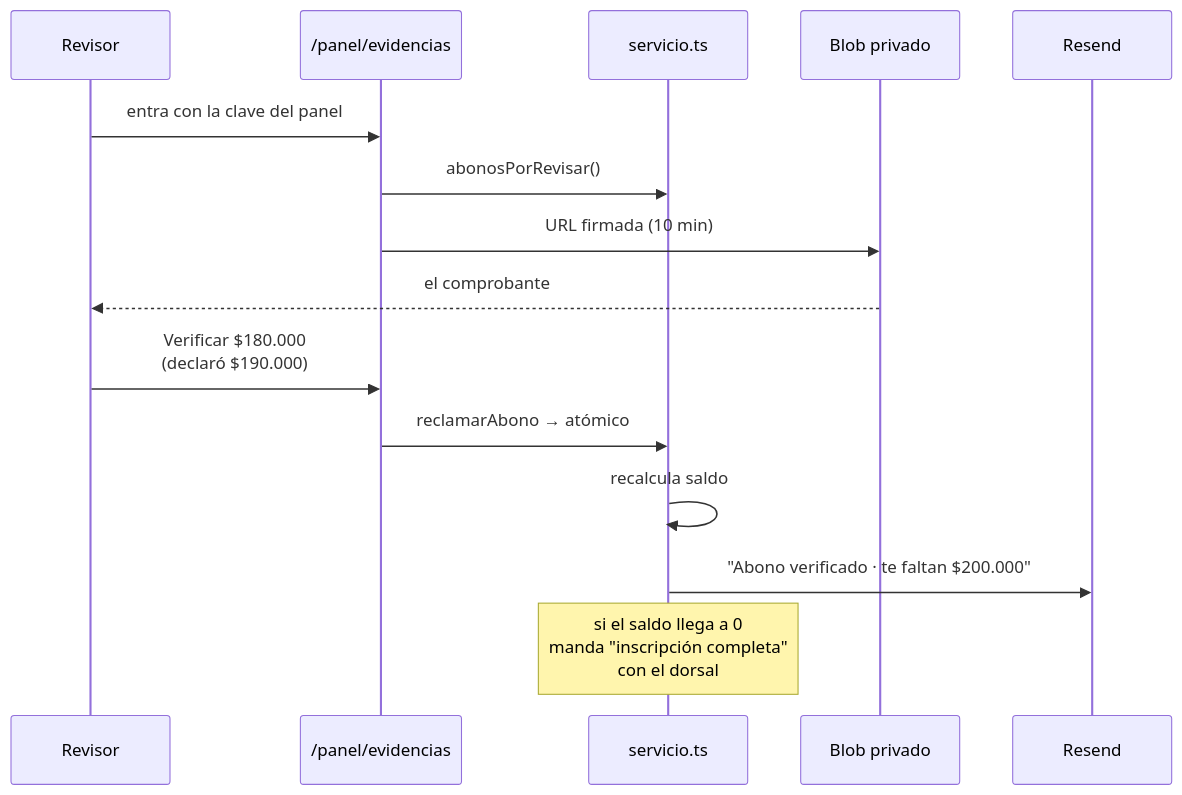
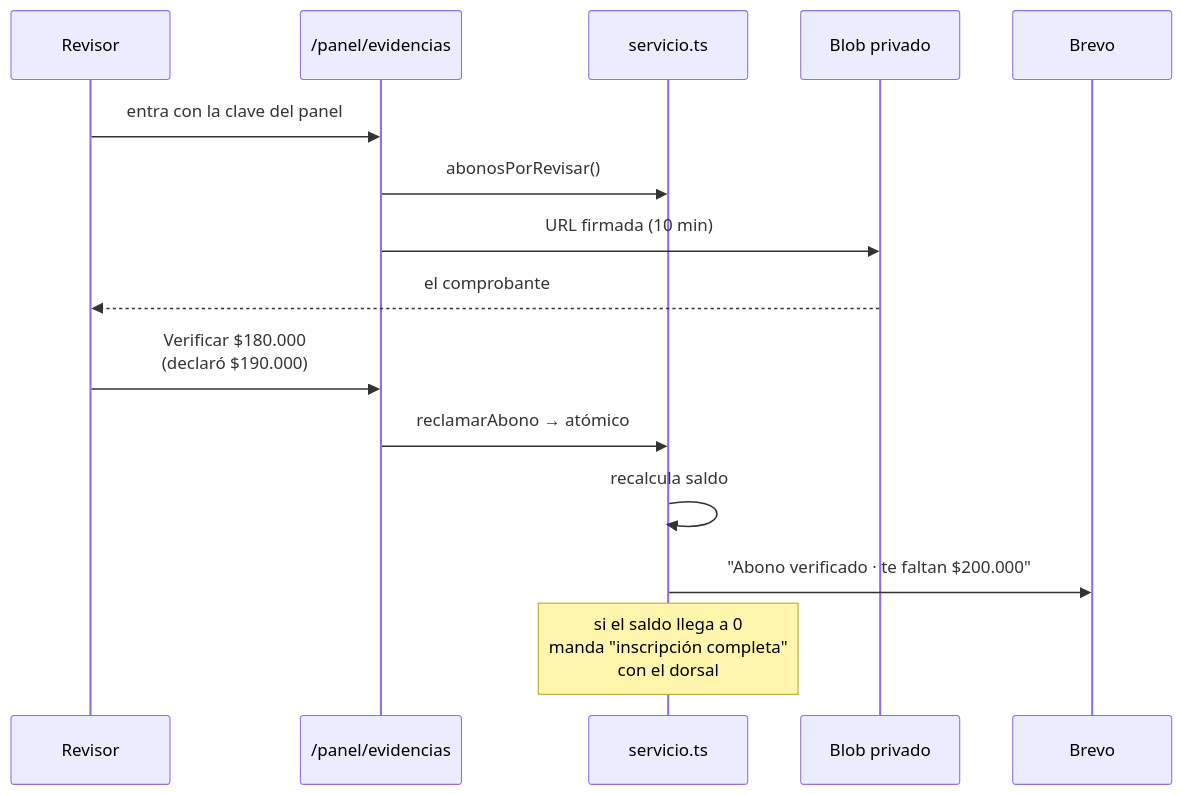
The fourth of 5 diagrams in README.md (davideliaspalacio/cycling-web), drawn with Mermaid before and after one commit. The commit also changed other lines of this file and 9 other files, not shown here.

````diff
--- a/README.md
+++ b/README.md
@@ -130,18 +130,18 @@
 ```mermaid
 sequenceDiagram
   participant R as Revisor
   participant P as /panel/evidencias
   participant S as servicio.ts
   participant B as Blob privado
-  participant M as Resend
+  participant M as Brevo
 
   R->>P: entra con la clave del panel
   P->>S: abonosPorRevisar()
   P->>B: URL firmada (10 min)
   B-->>R: el comprobante
   R->>P: Verificar $180.000<br/>(declaró $190.000)
   P->>S: reclamarAbono → atómico
   S->>S: recalcula saldo
   S->>M: "Abono verificado · te faltan $200.000"
   Note over S: si el saldo llega a 0<br/>manda "inscripción completa"<br/>con el dorsal
 ```
````
